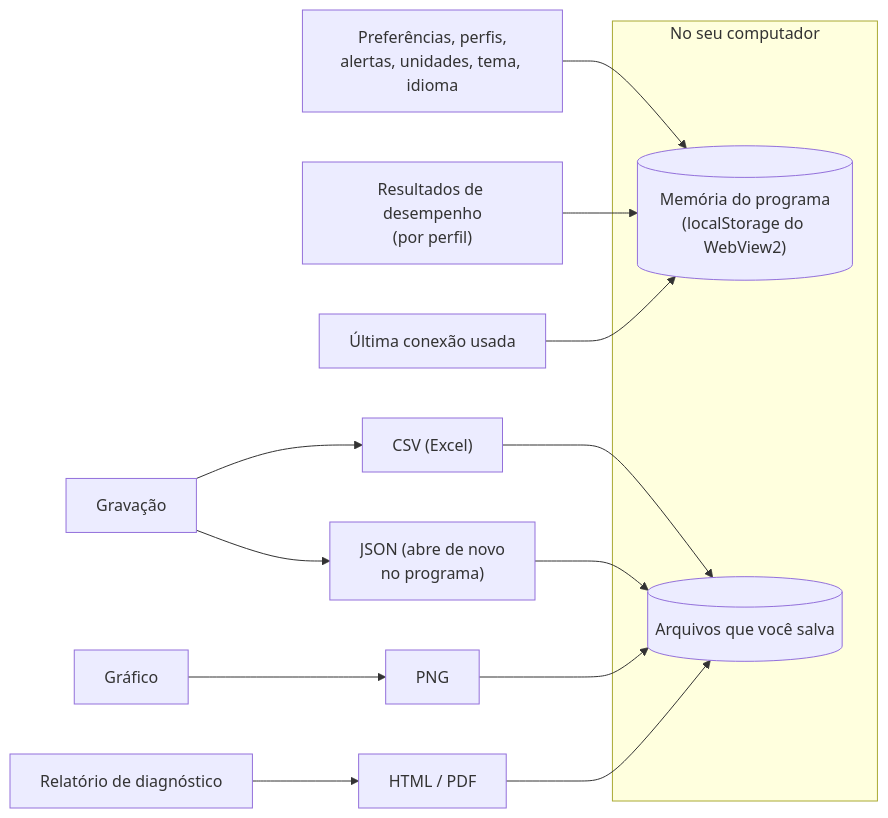
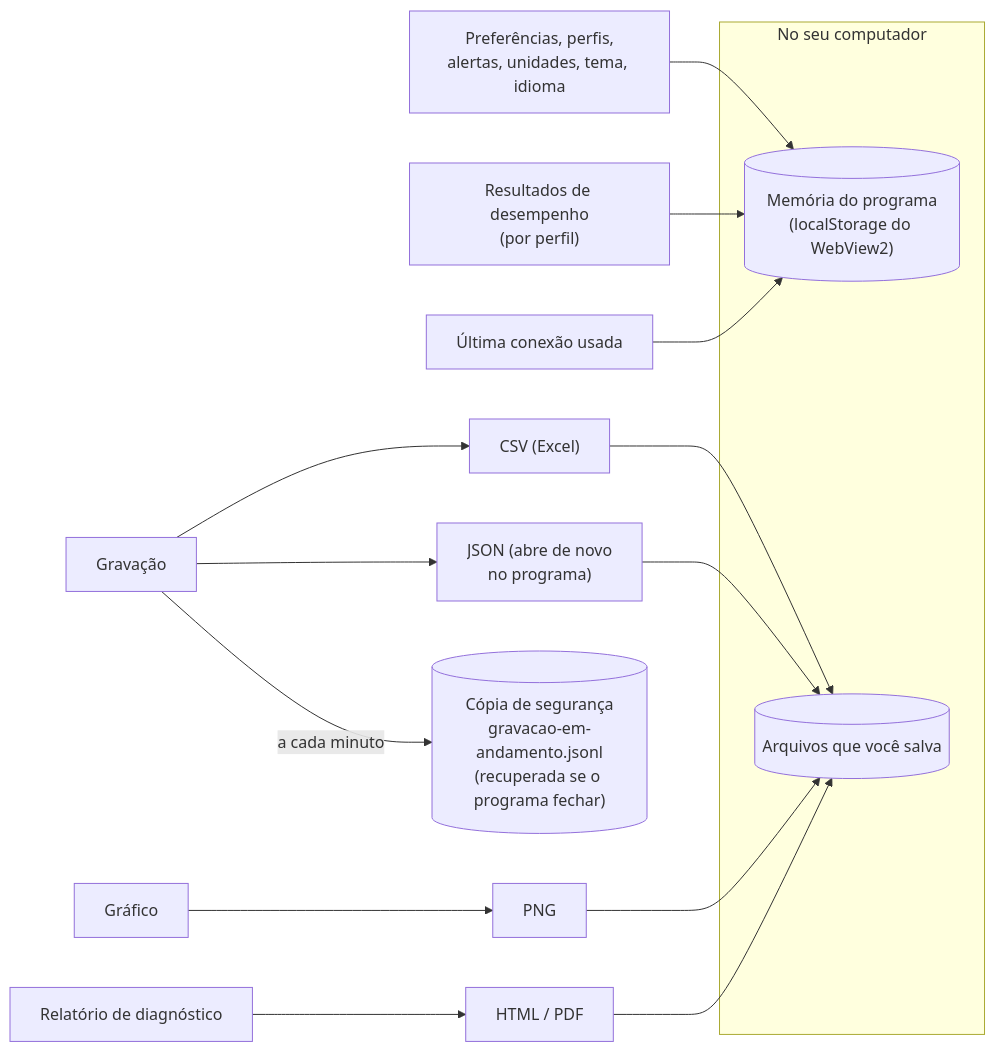
One commit to samuvieceli/obd2-scanner changed the tenth of 12 diagrams in docs/DIAGRAMAS.md. Above: the diagram before and after it, drawn with Mermaid. The commit also changed 10 other files, not shown here.

First line of the commit message:
Cópia de segurança da gravação, recuperada se o programa fechar

````diff
--- a/docs/DIAGRAMAS.md
+++ b/docs/DIAGRAMAS.md
@@ -264,14 +264,15 @@
 ```mermaid
 flowchart LR
     subgraph pc["No seu computador"]
         ls[("Memória do programa<br/>(localStorage do WebView2)")]
         files[("Arquivos que você salva")]
     end
     prefs["Preferências, perfis,<br/>alertas, unidades, tema, idioma"] --> ls
     perfres["Resultados de desempenho<br/>(por perfil)"] --> ls
     conn["Última conexão usada"] --> ls
     rec["Gravação"] --> csv["CSV (Excel)"] & json["JSON (abre de novo<br/>no programa)"]
+    rec -- "a cada minuto" --> backup[("Cópia de segurança<br/>gravacao-em-andamento.jsonl<br/>(recuperada se o programa fechar)")]
     chart["Gráfico"] --> png["PNG"]
     report["Relatório de diagnóstico"] --> html["HTML / PDF"]
     csv & json & png & html --> files
 ```
````
